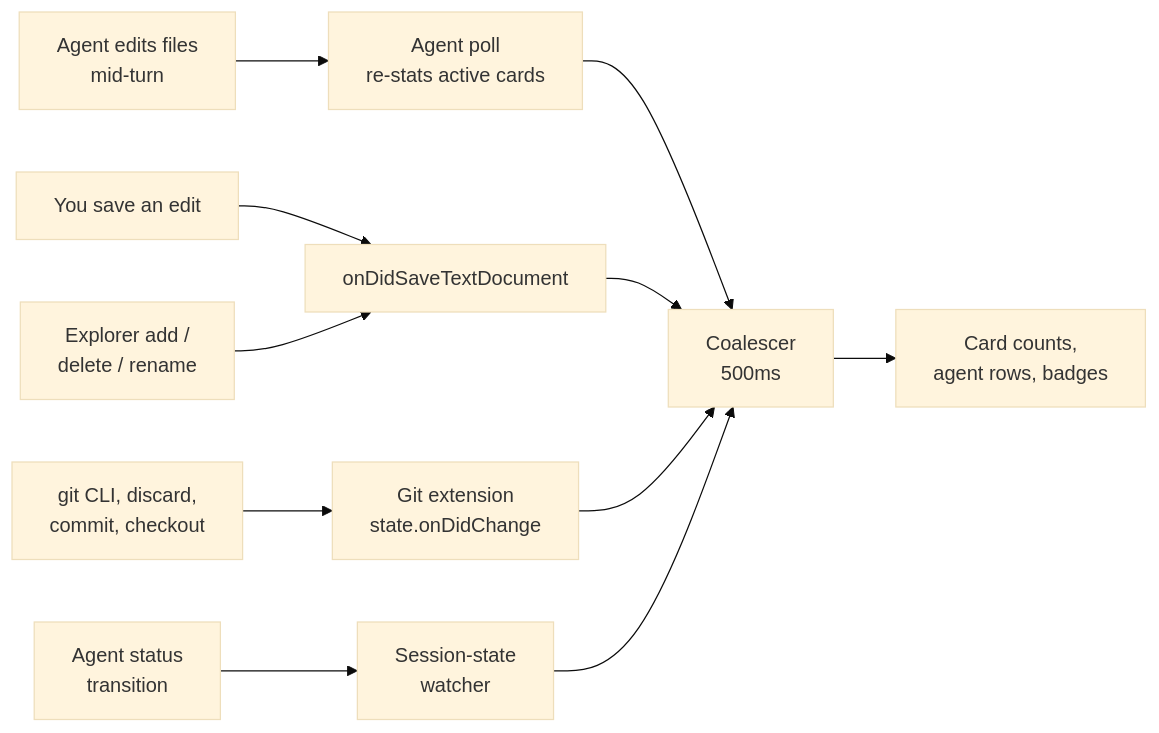
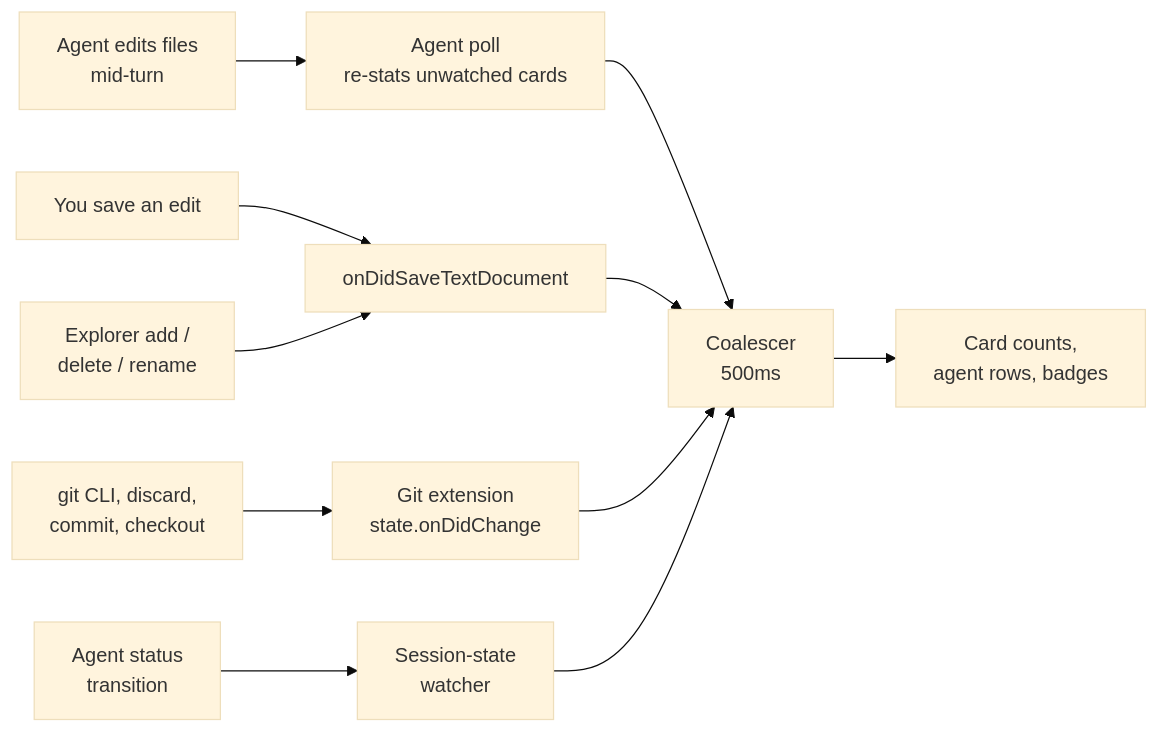
Before and after one commit to BradenTerry/agent-worktrees: the diagram in docs/refresh-coalescing.md, drawn with Mermaid (base theme). The commit also changed other lines of this file and 10 other files, not shown here.

````diff
--- a/docs/refresh-coalescing.md
+++ b/docs/refresh-coalescing.md
@@ -61,13 +69,13 @@
 ```mermaid
 flowchart LR
-  A[Agent edits files<br/>mid-turn] --> P[Agent poll<br/>re-stats active cards]
+  A[Agent edits files<br/>mid-turn] --> P[Agent poll<br/>re-stats unwatched cards]
   B[You save an edit] --> D[onDidSaveTextDocument]
   C[Explorer add /<br/>delete / rename] --> D
   E[git CLI, discard,<br/>commit, checkout] --> G[Git extension<br/>state.onDidChange]
   F[Agent status<br/>transition] --> W[Session-state<br/>watcher]
   P --> R[Coalescer<br/>500ms]
   D --> R
   G --> R
   W --> R
   R --> S[Card counts,<br/>agent rows, badges]
 ```
````
